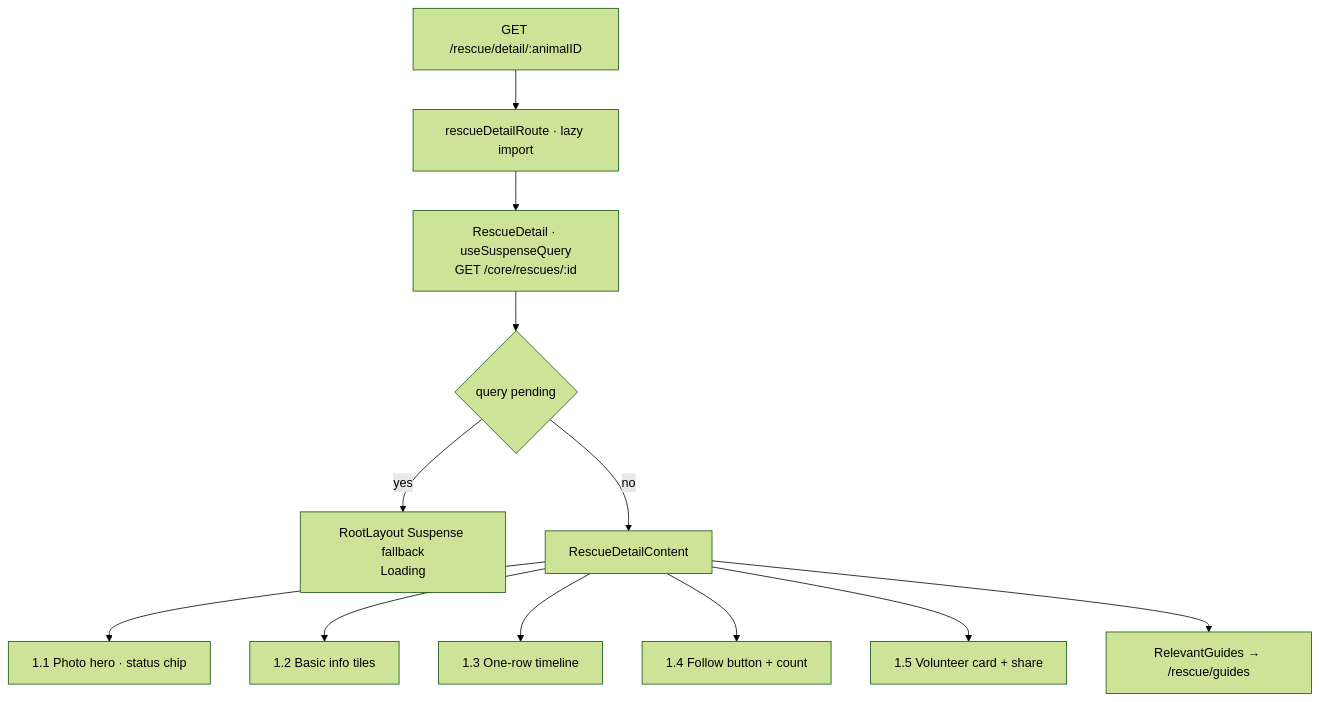
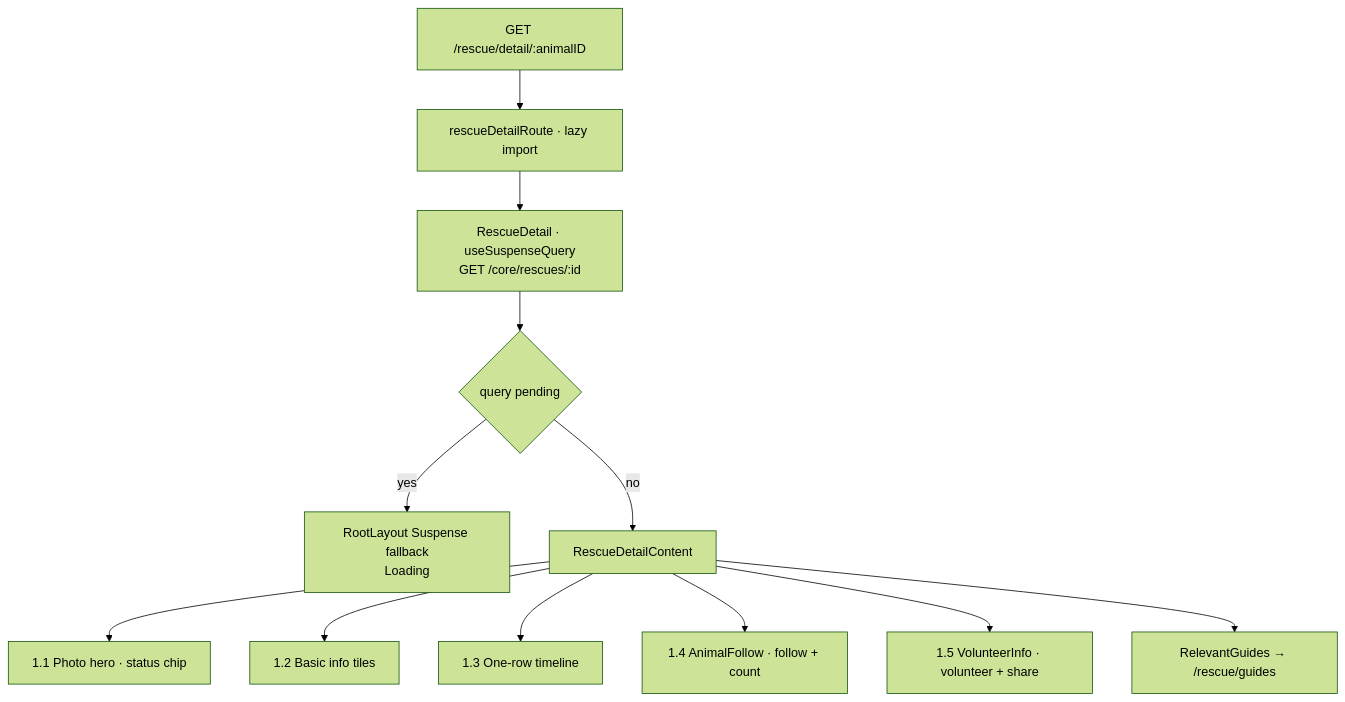
One commit to aoda-zhang/PawHaven-FullStack-React-NodeJS changed the second of 2 diagrams in docs/features/05-rescue-detail.md. Above: the diagram before and after it, drawn with Mermaid (forest theme). The commit also changed other lines of this file and 8 other files, not shown here.

````diff
--- a/docs/features/05-rescue-detail.md
+++ b/docs/features/05-rescue-detail.md
@@ -157,14 +125,14 @@
 ```mermaid
 flowchart TD
     A[GET /rescue/detail/:animalID] --> B[rescueDetailRoute · lazy import]
     B --> C[RescueDetail · useSuspenseQuery<br/>GET /core/rescues/:id]
     C --> P{query pending}
     P -->|yes| Q[RootLayout Suspense fallback<br/>Loading]
     P -->|no| F[RescueDetailContent]
     F --> G[1.1 Photo hero · status chip]
     F --> H[1.2 Basic info tiles]
     F --> I[1.3 One-row timeline]
-    F --> J[1.4 Follow button + count]
-    F --> K[1.5 Volunteer card + share]
+    F --> J[1.4 AnimalFollow · follow + count]
+    F --> K[1.5 VolunteerInfo · volunteer + share]
     F --> L[RelevantGuides → /rescue/guides]
 ```
````
